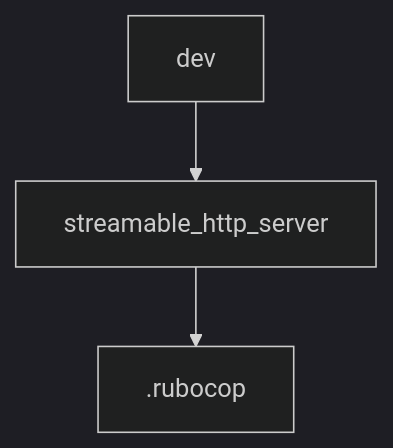
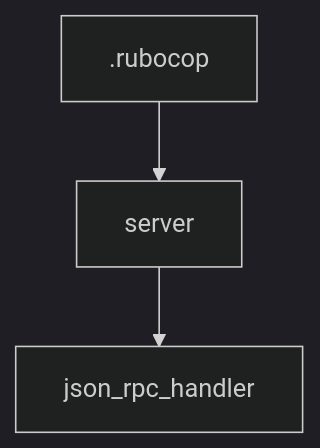
The diagram in tutorials/mcp-ruby-sdk-tutorial/02-server-architecture-and-capability-negotiation.md (johnxie/awesome-code-docs), drawn with Mermaid (dark theme) before and after one commit. The commit also changed other lines of this file and 1232 other files, not shown here.

````diff
--- a/tutorials/mcp-ruby-sdk-tutorial/02-server-architecture-and-capability-negotiation.md
+++ b/tutorials/mcp-ruby-sdk-tutorial/02-server-architecture-and-capability-negotiation.md
@@ -168,8 +170,8 @@
 ```mermaid
 flowchart TD
-    A[dev]
-    B[streamable_http_server]
-    C[.rubocop]
+    A[.rubocop]
+    B[server]
+    C[json_rpc_handler]
     A --> B
     B --> C
 ```
````
